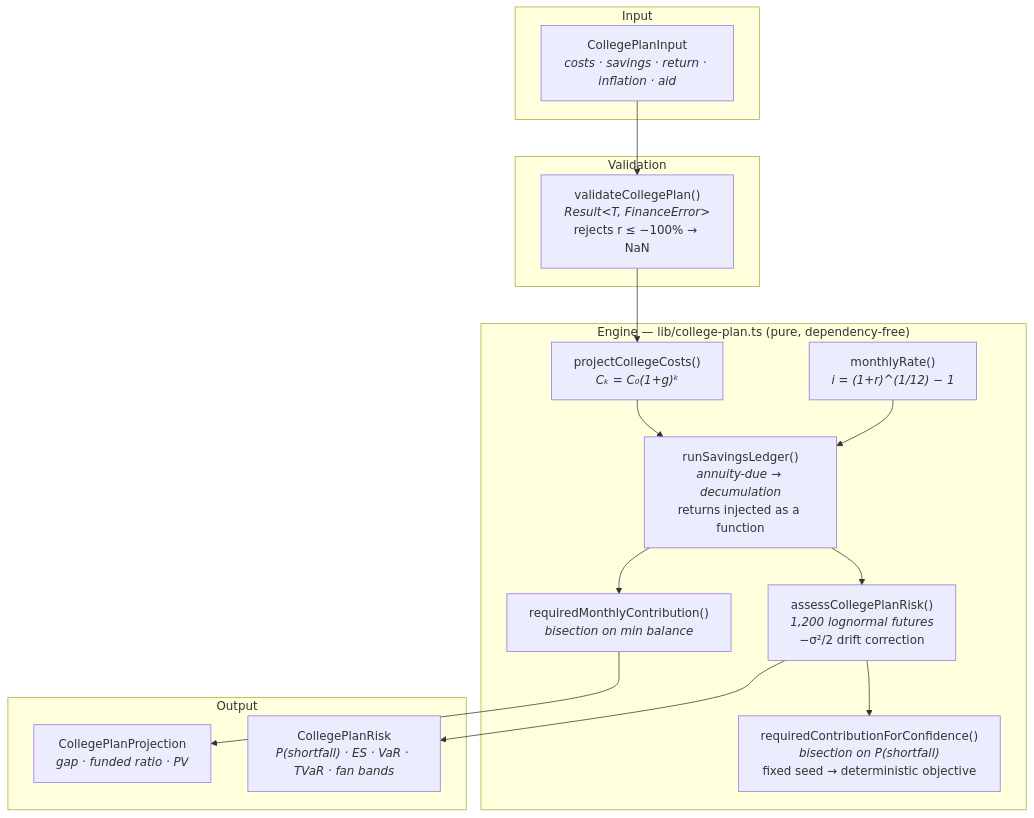
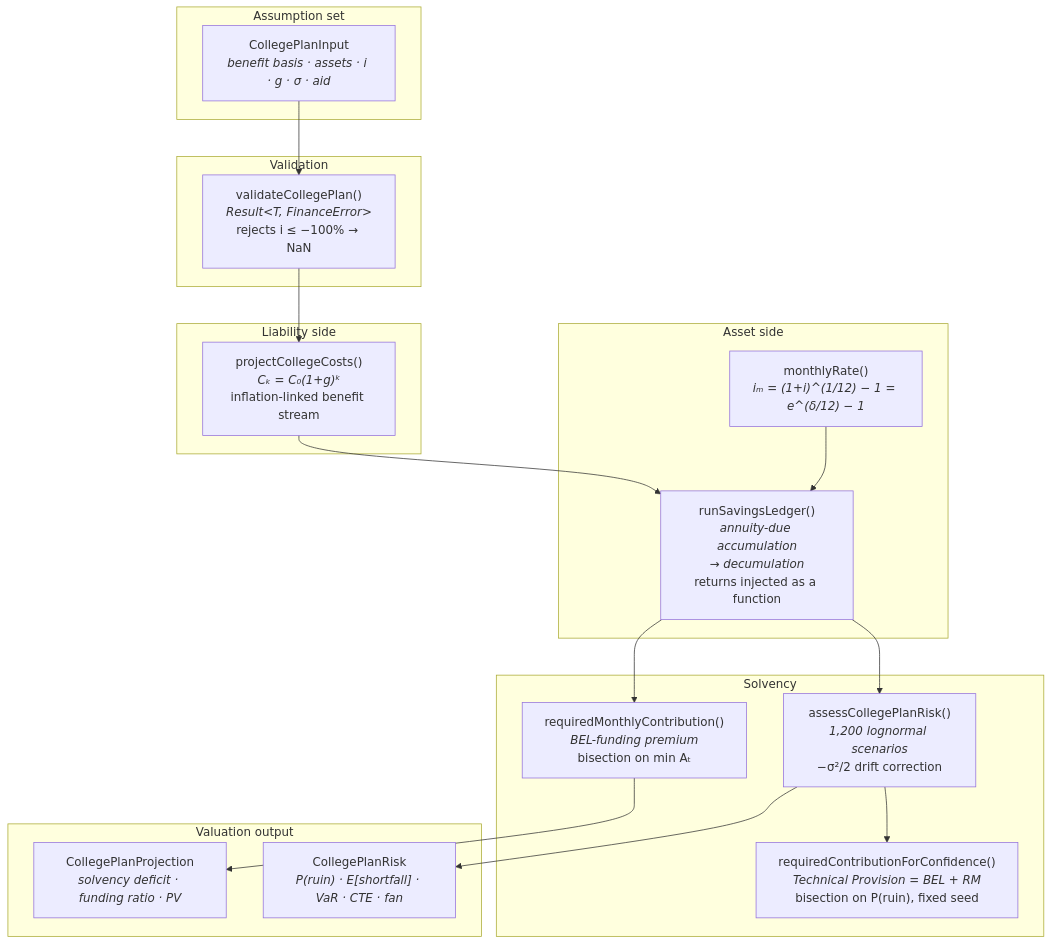
One commit to dung037517-netizen/finhub-tracker changed the diagram in README.md. Above: the diagram before and after it, drawn with Mermaid. The commit also changed other lines of this file and 3 other files, not shown here.

````diff
--- a/README.md
+++ b/README.md
@@ -95,33 +130,39 @@
 ```mermaid
 flowchart TB
-    subgraph IN["Input"]
-        SC["CollegePlanInput<br/><i>costs · savings · return · inflation · aid</i>"]
+    subgraph IN["Assumption set"]
+        SC["CollegePlanInput<br/><i>benefit basis · assets · i · g · σ · aid</i>"]
     end
 
     subgraph VAL["Validation"]
-        V["validateCollegePlan()<br/><i>Result&lt;T, FinanceError&gt;</i><br/>rejects r ≤ −100% → NaN"]
+        V["validateCollegePlan()<br/><i>Result&lt;T, FinanceError&gt;</i><br/>rejects i ≤ −100% → NaN"]
     end
 
-    subgraph CORE["Engine — lib/college-plan.ts (pure, dependency-free)"]
-        COST["projectCollegeCosts()<br/><i>Cₖ = C₀(1+g)ᵏ</i>"]
-        RATE["monthlyRate()<br/><i>i = (1+r)^(1/12) − 1</i>"]
-        LEDG["runSavingsLedger()<br/><i>annuity-due → decumulation</i><br/>returns injected as a function"]
-        SOLVE["requiredMonthlyContribution()<br/><i>bisection on min balance</i>"]
-        MC["assessCollegePlanRisk()<br/><i>1,200 lognormal futures</i><br/>−σ²/2 drift correction"]
-        CONF["requiredContributionForConfidence()<br/><i>bisection on P(shortfall)</i><br/>fixed seed → deterministic objective"]
+    subgraph LIAB["Liability side"]
+        COST["projectCollegeCosts()<br/><i>Cₖ = C₀(1+g)ᵏ</i><br/>inflation-linked benefit stream"]
     end
 
-    subgraph OUT["Output"]
-        PROJ["CollegePlanProjection<br/><i>gap · funded ratio · PV</i>"]
-        RISK["CollegePlanRisk<br/><i>P(shortfall) · ES · VaR · TVaR · fan bands</i>"]
+    subgraph ASSET["Asset side"]
+        RATE["monthlyRate()<br/><i>iₘ = (1+i)^(1/12) − 1 = e^(δ/12) − 1</i>"]
+        LEDG["runSavingsLedger()<br/><i>annuity-due accumulation<br/>→ decumulation</i><br/>returns injected as a function"]
+    end
+
+    subgraph SOLV["Solvency"]
+        BEL["requiredMonthlyContribution()<br/><i>BEL-funding premium</i><br/>bisection on min Aₜ"]
+        MC["assessCollegePlanRisk()<br/><i>1,200 lognormal scenarios</i><br/>−σ²/2 drift correction"]
+        RM["requiredContributionForConfidence()<br/><i>Technical Provision = BEL + RM</i><br/>bisection on P(ruin), fixed seed"]
+    end
+
+    subgraph OUT["Valuation output"]
+        PROJ["CollegePlanProjection<br/><i>solvency deficit · funding ratio · PV</i>"]
+        RISK["CollegePlanRisk<br/><i>P(ruin) · E[shortfall] · VaR · CTE · fan</i>"]
     end
 
     SC --> V --> COST
     RATE --> LEDG
     COST --> LEDG
-    LEDG --> SOLVE
+    LEDG --> BEL
     LEDG --> MC
-    MC --> CONF
-    SOLVE --> PROJ
+    MC --> RM
+    BEL --> PROJ
     MC --> RISK
 ```
````
